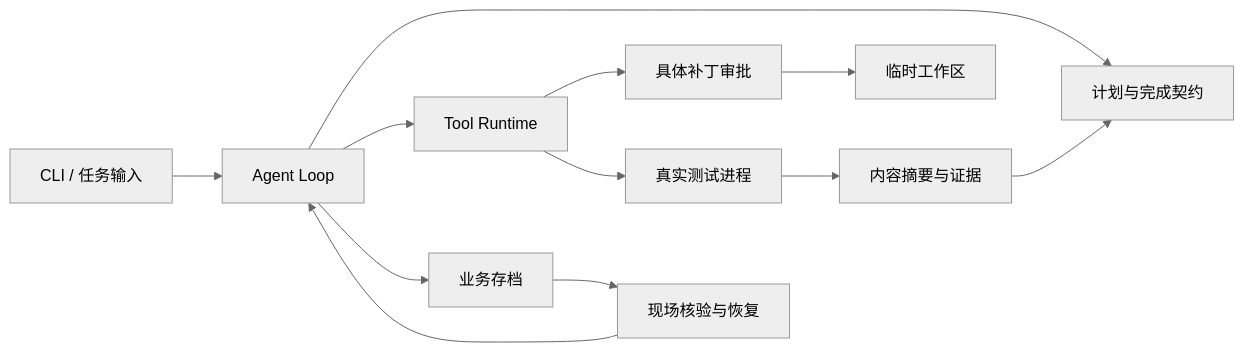
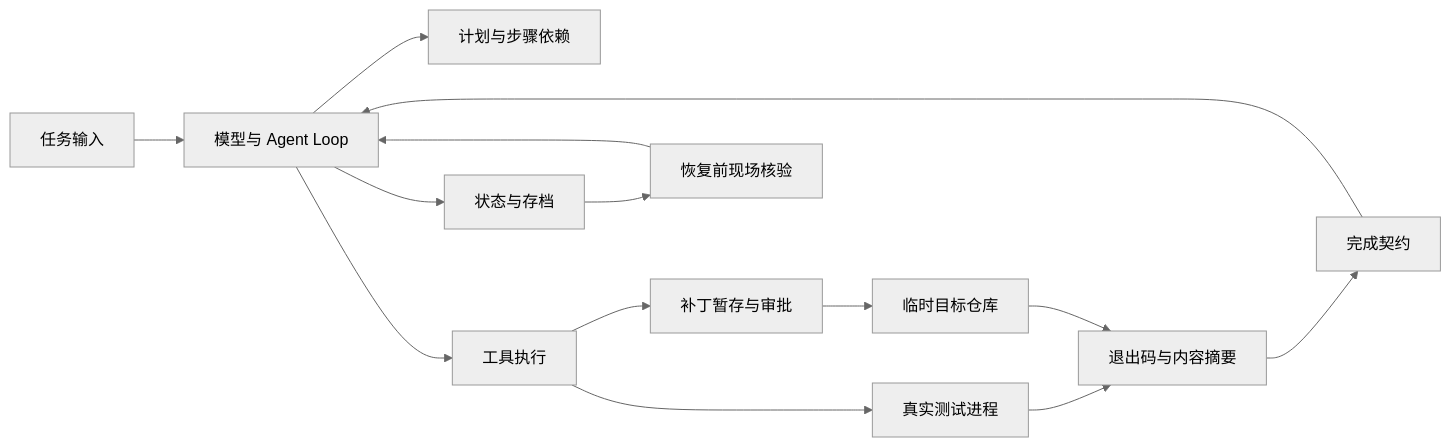
Before and after one commit to iOPEN-Xing/ai-agent-fullstack-training: the diagram in docs/engineering.md, drawn with Mermaid (neutral theme). The commit also changed other lines of this file and 13 other files, not shown here.

````diff
--- a/docs/engineering.md
+++ b/docs/engineering.md
@@ -38,14 +9,16 @@
 ```mermaid
 flowchart LR
-    CLI[CLI / 任务输入] --> Loop[Agent Loop]
-    Loop --> Plan[计划与完成契约]
-    Loop --> Runtime[Tool Runtime]
-    Runtime --> Approval[具体补丁审批]
-    Approval --> Workspace[临时工作区]
-    Runtime --> Tests[真实测试进程]
-    Tests --> Evidence[内容摘要与证据]
-    Evidence --> Plan
-    Loop --> Checkpoint[业务存档]
-    Checkpoint --> Resume[现场核验与恢复]
-    Resume --> Loop
+    Input[任务输入] --> Loop[模型与 Agent Loop]
+    Loop --> Plan[计划与步骤依赖]
+    Loop --> Runtime[工具执行]
+    Runtime --> Approval[补丁暂存与审批]
+    Approval --> Workspace[临时目标仓库]
+    Runtime --> Test[真实测试进程]
+    Test --> Evidence[退出码与内容摘要]
+    Workspace --> Evidence
+    Evidence --> Contract[完成契约]
+    Contract --> Loop
+    Loop --> Checkpoint[状态与存档]
+    Checkpoint --> Inspect[恢复前现场核验]
+    Inspect --> Loop
 ```
````
